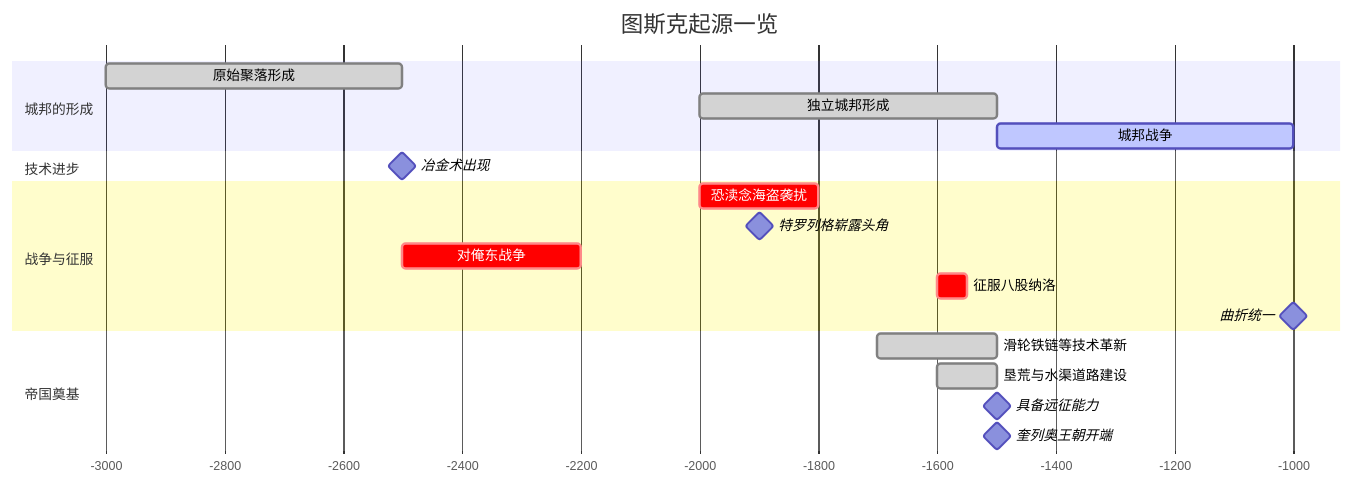
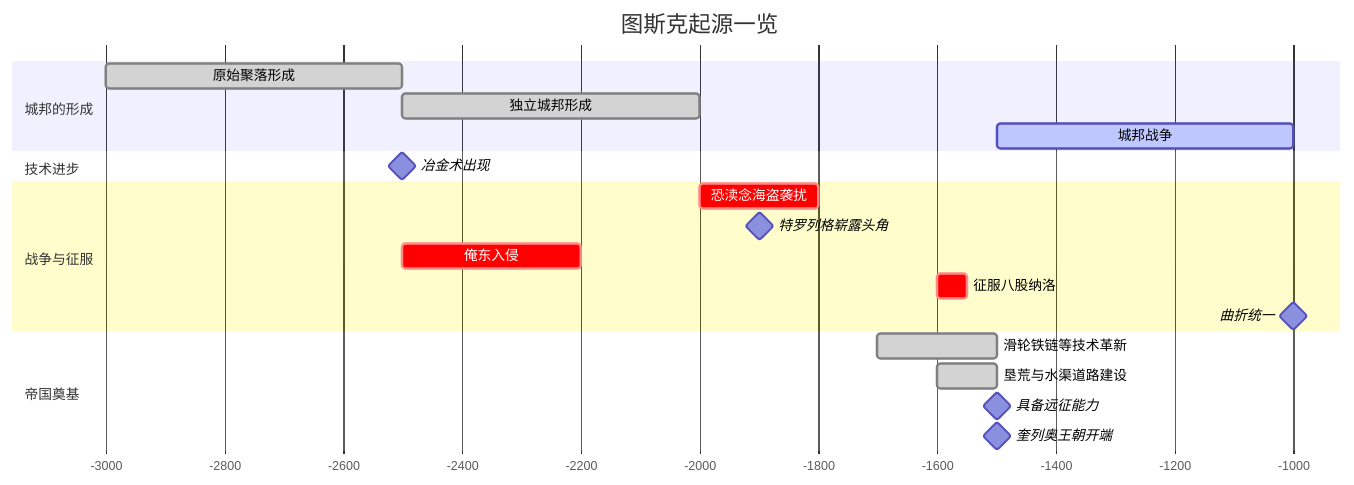
Before and after one commit to Phychias/Laaerad: the second of 4 diagrams in docs/zh/历史长河/图斯克帝国史.md, drawn with Mermaid. The commit also changed other lines of this file and 458 other files, not shown here.

````diff
--- a/docs/zh/历史长河/图斯克帝国史.md
+++ b/docs/zh/历史长河/图斯克帝国史.md
@@ -13,28 +63,28 @@
 ```mermaid
 gantt
     title 图斯克起源一览
     dateFormat YYYY
     axisFormat %Y
     
     section 城邦的形成
     原始聚落形成           :done, a1, -003000, 500y
     
-    独立城邦形成               :done, a3, -002000, 500y
+    独立城邦形成               :done, a3, -002500, 500y
     城邦战争                       :active, a4, -001500, 500y
     
     section 技术进步
 	冶金术出现      :milestone, a2, -002500, 
     
     section 战争与征服
     恐渎念海盗袭扰             :crit, b1, -002000, 200y
     特罗列格崭露头角                     :milestone, b2, -001900, 0d
-    对俺东战争      :crit, c1, -002500, 300y
+    俺东入侵     :crit, c1, -002500, 300y
     征服八股纳洛            :crit, c2, -001600, 50y
     曲折统一                             :milestone, c4, -001000, 0d
     
     section 帝国奠基
     滑轮铁链等技术革新                   :done, d1, -001700, 200y
     垦荒与水渠道路建设                   :done, d2, -001600, 100y
     具备远征能力                         :milestone, d3, -001500, 0d
     奎列奥王朝开端                       :milestone, d4, -001500, 0d
 ```
````
